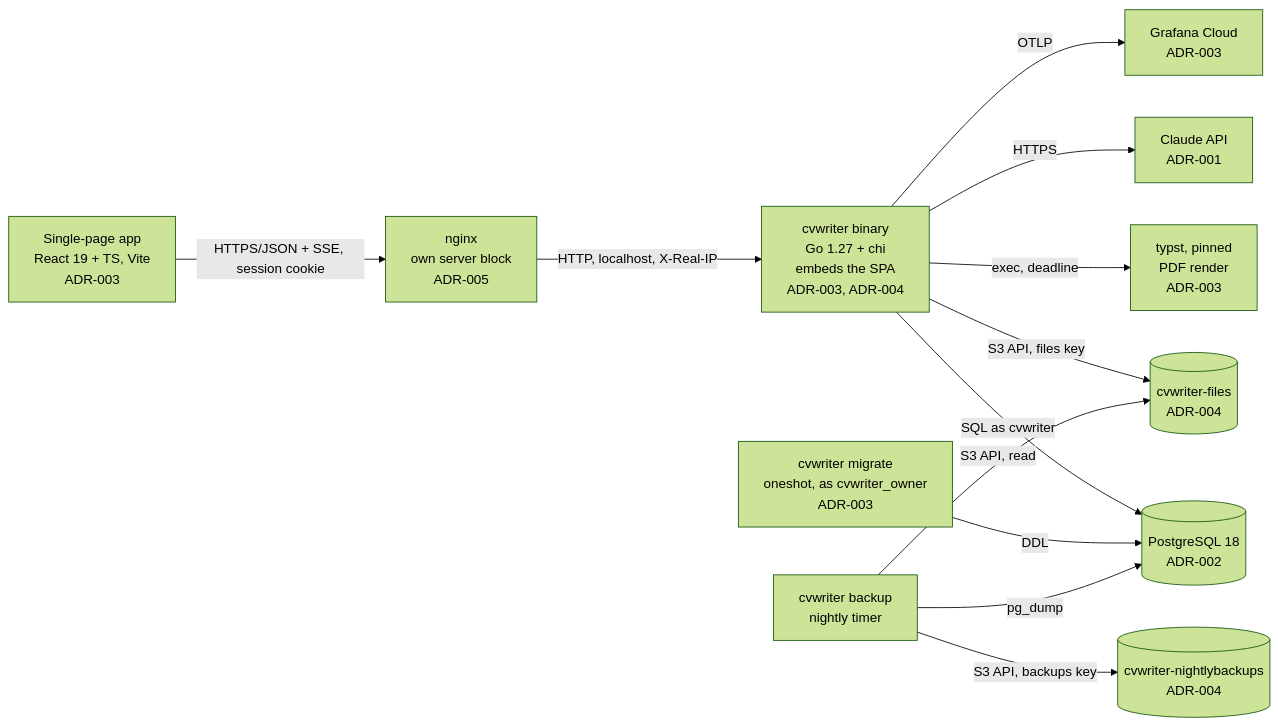
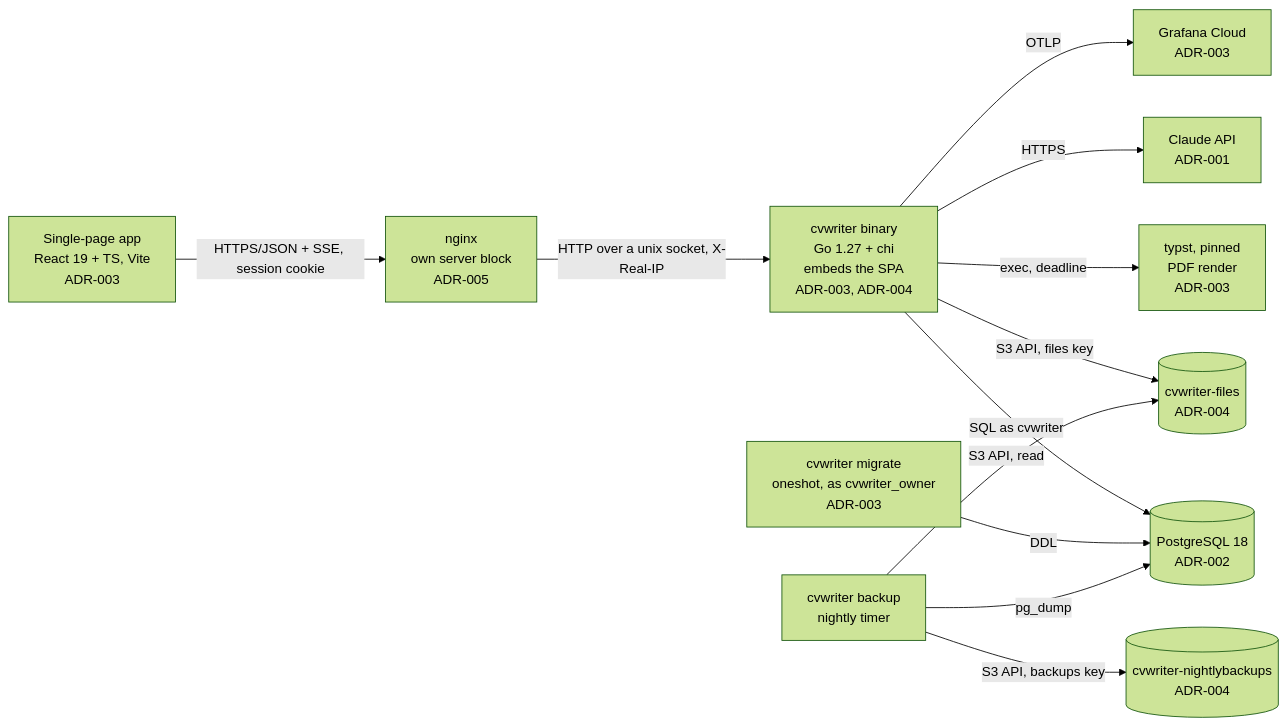
One commit to pyfork/klein-stapje changed the fourth of 4 diagrams in specs/architecture.md. Above: the diagram before and after it, drawn with Mermaid (forest theme). The commit also changed other lines of this file and 1 other file, not shown here.

First line of the commit message:
threat model: A-3 accepted with conditions; T-36 to T-38; architecture aligned

````diff
--- a/specs/architecture.md
+++ b/specs/architecture.md
@@ -78,14 +78,14 @@
 ```mermaid
 flowchart LR
     spa[Single-page app<br/>React 19 + TS, Vite<br/>ADR-003] -->|HTTPS/JSON + SSE, session cookie| nginx[nginx<br/>own server block<br/>ADR-005]
-    nginx -->|HTTP, localhost, X-Real-IP| app[cvwriter binary<br/>Go 1.27 + chi<br/>embeds the SPA<br/>ADR-003, ADR-004]
+    nginx -->|HTTP over a unix socket, X-Real-IP| app[cvwriter binary<br/>Go 1.27 + chi<br/>embeds the SPA<br/>ADR-003, ADR-004]
     app -->|SQL as cvwriter| db[(PostgreSQL 18<br/>ADR-002)]
     app -->|exec, deadline| typst[typst, pinned<br/>PDF render<br/>ADR-003]
     app -->|S3 API, files key| files[(cvwriter-files<br/>ADR-004)]
     app -->|HTTPS| claude[Claude API<br/>ADR-001]
     app -->|OTLP| otel[Grafana Cloud<br/>ADR-003]
     migrate[cvwriter migrate<br/>oneshot, as cvwriter_owner<br/>ADR-003] -->|DDL| db
     backup[cvwriter backup<br/>nightly timer] -->|pg_dump| db
     backup -->|S3 API, backups key| nightly[(cvwriter-nightlybackups<br/>ADR-004)]
     backup -->|S3 API, read| files
 ```
````
